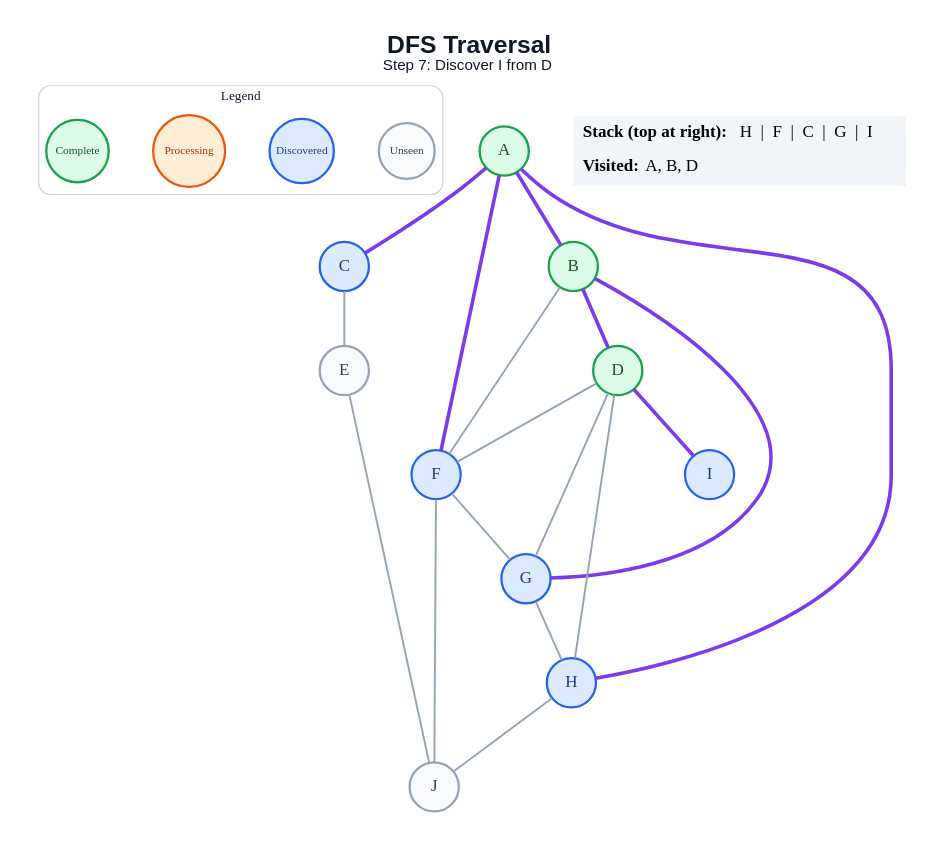
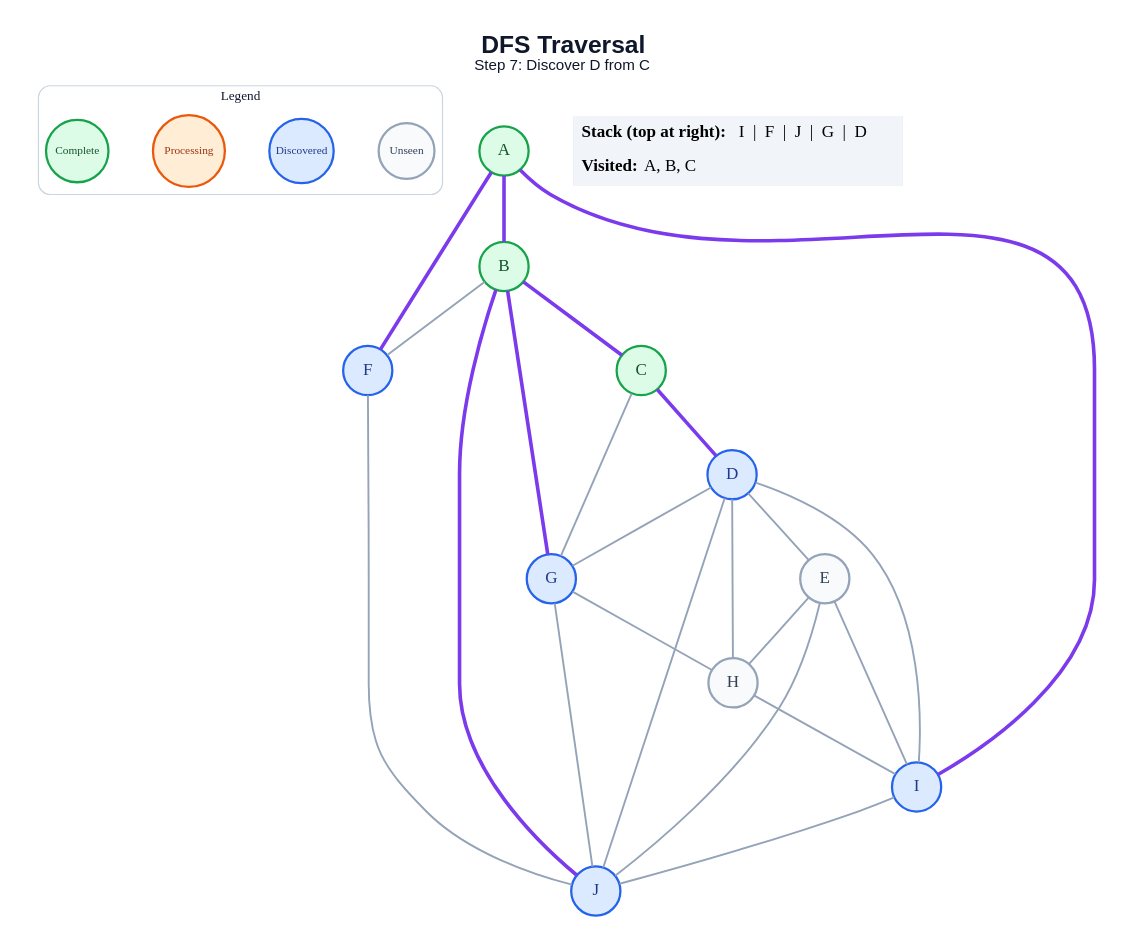
The diagram in generated/dfs/step_07.dot (anon7238593-create/ai-slop), drawn with Graphviz before and after one commit. The commit also changed 171 other files, not shown here.

```diff
--- a/generated/dfs/step_07.dot
+++ b/generated/dfs/step_07.dot
@@ -1,46 +1,51 @@
 graph traversal {
   graph [layout=dot, rankdir=TB, bgcolor="#FFFFFF", pad="0.35", nodesep="0.65", ranksep="0.8", fontname="Arial"];
   node [shape=circle, style="filled", fontname="Arial Bold", fontsize=18, width=0.72, fixedsize=true, penwidth=2.4];
   edge [color="#94A3B8", penwidth=2.0];
-  label=<<B>DFS Traversal</B><BR/><FONT POINT-SIZE="16">Step 7: Discover I from D</FONT>>; labelloc="t"; fontsize=26; fontname="Arial"; fontcolor="#0F172A";
+  label=<<B>DFS Traversal</B><BR/><FONT POINT-SIZE="16">Step 7: Discover D from C</FONT>>; labelloc="t"; fontsize=26; fontname="Arial"; fontcolor="#0F172A";
   subgraph cluster_legend { label="Legend"; color="#CBD5E1"; penwidth=1.2; style="rounded"; fontsize=14; fontname="Arial Bold";
     key_unseen [label="Unseen", fillcolor="#F8FAFC", color="#94A3B8", fontcolor="#334155", fontsize=12, width=0.82];
     key_frontier [label="Discovered", fillcolor="#DBEAFE", color="#2563EB", fontcolor="#1E3A8A", fontsize=12, width=0.95];
     key_current [label="Processing", fillcolor="#FFEDD5", color="#EA580C", fontcolor="#9A3412", fontsize=12, width=1.05];
     key_done [label="Complete", fillcolor="#DCFCE7", color="#16A34A", fontcolor="#14532D", fontsize=12, width=0.92];
     { rank=same; key_unseen; key_frontier; key_current; key_done; }
   }
   A [fillcolor="#DCFCE7", color="#16A34A", fontcolor="#14532D"];
   B [fillcolor="#DCFCE7", color="#16A34A", fontcolor="#14532D"];
-  C [fillcolor="#DBEAFE", color="#2563EB", fontcolor="#1E3A8A"];
-  D [fillcolor="#DCFCE7", color="#16A34A", fontcolor="#14532D"];
+  C [fillcolor="#DCFCE7", color="#16A34A", fontcolor="#14532D"];
+  D [fillcolor="#DBEAFE", color="#2563EB", fontcolor="#1E3A8A"];
   E [fillcolor="#F8FAFC", color="#94A3B8", fontcolor="#334155"];
   F [fillcolor="#DBEAFE", color="#2563EB", fontcolor="#1E3A8A"];
   G [fillcolor="#DBEAFE", color="#2563EB", fontcolor="#1E3A8A"];
-  H [fillcolor="#DBEAFE", color="#2563EB", fontcolor="#1E3A8A"];
+  H [fillcolor="#F8FAFC", color="#94A3B8", fontcolor="#334155"];
   I [fillcolor="#DBEAFE", color="#2563EB", fontcolor="#1E3A8A"];
-  J [fillcolor="#F8FAFC", color="#94A3B8", fontcolor="#334155"];
+  J [fillcolor="#DBEAFE", color="#2563EB", fontcolor="#1E3A8A"];
   A -- B [color="#7C3AED", penwidth=3.8];
-  A -- C [color="#7C3AED", penwidth=3.8];
   A -- F [color="#7C3AED", penwidth=3.8];
-  A -- H [color="#7C3AED", penwidth=3.8];
-  B -- D [color="#7C3AED", penwidth=3.8];
+  A -- I [color="#7C3AED", penwidth=3.8];
+  B -- C [color="#7C3AED", penwidth=3.8];
   B -- F;
   B -- G [color="#7C3AED", penwidth=3.8];
-  C -- E;
-  D -- F;
+  B -- J [color="#7C3AED", penwidth=3.8];
+  C -- D [color="#7C3AED", penwidth=3.8];
+  C -- G;
+  D -- E;
   D -- G;
   D -- H;
-  D -- I [color="#7C3AED", penwidth=3.8];
+  D -- I;
+  D -- J;
+  E -- H;
+  E -- I;
   E -- J;
-  F -- G;
   F -- J;
   G -- H;
-  H -- J;
+  G -- J;
+  H -- I;
+  I -- J;
   status [shape=plain, fixedsize=false, width=0, height=0, margin=0, label=<
     <TABLE BORDER="0" CELLBORDER="0" CELLPADDING="7" BGCOLOR="#F1F5F9">
-      <TR><TD ALIGN="LEFT"><B>Stack (top at right):</B> H  |  F  |  C  |  G  |  I</TD></TR>
-      <TR><TD ALIGN="LEFT"><B>Visited:</B> A, B, D</TD></TR>
+      <TR><TD ALIGN="LEFT"><B>Stack (top at right):</B> I  |  F  |  J  |  G  |  D</TD></TR>
+      <TR><TD ALIGN="LEFT"><B>Visited:</B> A, B, C</TD></TR>
     </TABLE>
   >];
 }
```
